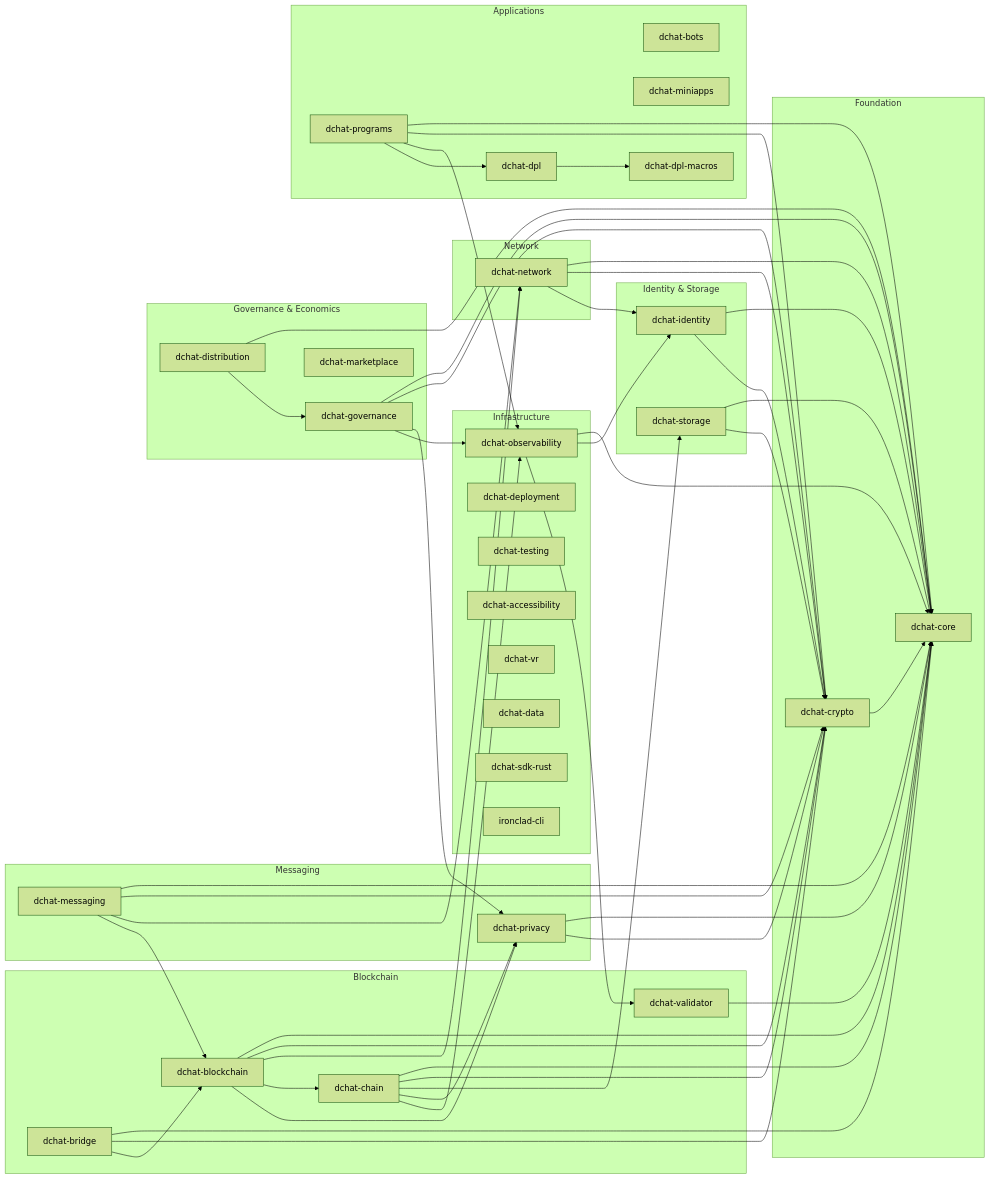
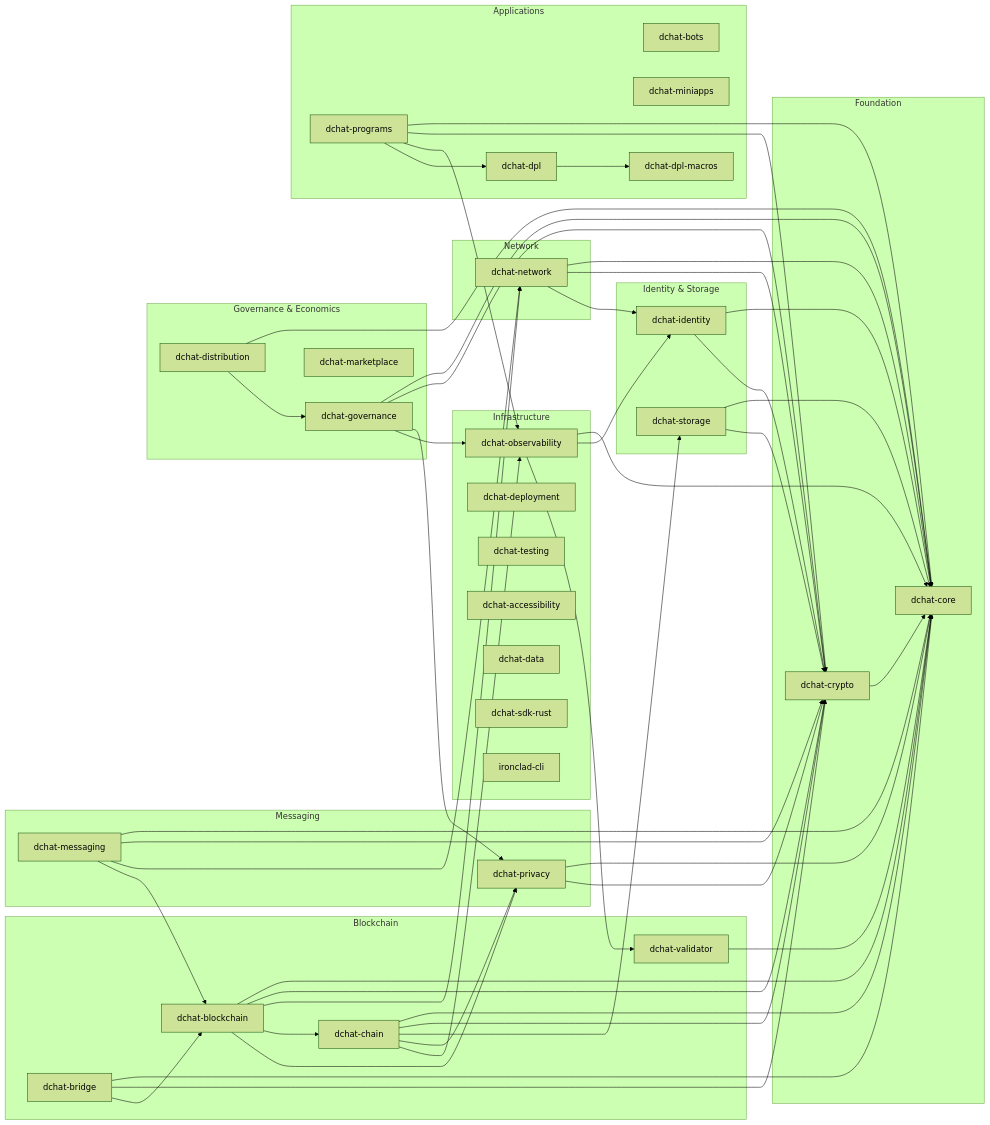
One commit to rajabchikono25-collab/dchat changed the second of 24 diagrams in ARCHITECTURE.md. Above: the diagram before and after it, drawn with Mermaid (forest theme). The commit also changed 19 other files, not shown here.

```diff
--- a/ARCHITECTURE.md
+++ b/ARCHITECTURE.md
@@ -138,7 +138,6 @@
         deployment[dchat-deployment]
         testing[dchat-testing]
         accessibility[dchat-accessibility]
-        vr[dchat-vr]
         data[dchat-data]
         sdk[dchat-sdk-rust]
         cli[ironclad-cli]
```
